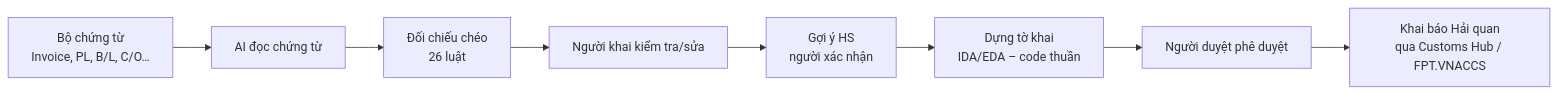
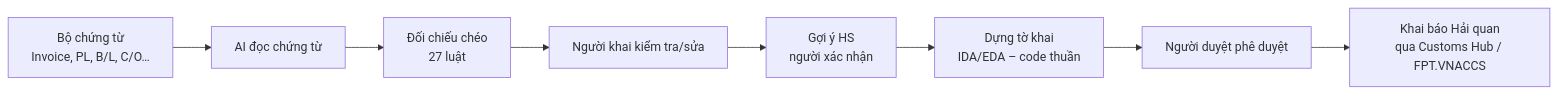
The first of 8 diagrams in docs/QUY-TRINH-NGHIEP-VU.md (minhnhacmu2308/chung-tu-hq), drawn with Mermaid before and after one commit. The commit also changed other lines of this file and 6 other files, not shown here.

````diff
--- a/docs/QUY-TRINH-NGHIEP-VU.md
+++ b/docs/QUY-TRINH-NGHIEP-VU.md
@@ -30,10 +30,10 @@
 ```mermaid
 flowchart LR
   A[Bộ chứng từ<br/>Invoice, PL, B/L, C/O…] --> B[AI đọc chứng từ]
-  B --> C[Đối chiếu chéo<br/>26 luật]
+  B --> C[Đối chiếu chéo<br/>27 luật]
   C --> D[Người khai kiểm tra/sửa]
   D --> E[Gợi ý HS<br/>người xác nhận]
   E --> F[Dựng tờ khai<br/>IDA/EDA – code thuần]
   F --> G[Người duyệt phê duyệt]
   G --> H[Khai báo Hải quan<br/>qua Customs Hub / FPT.VNACCS]
 ```
````
